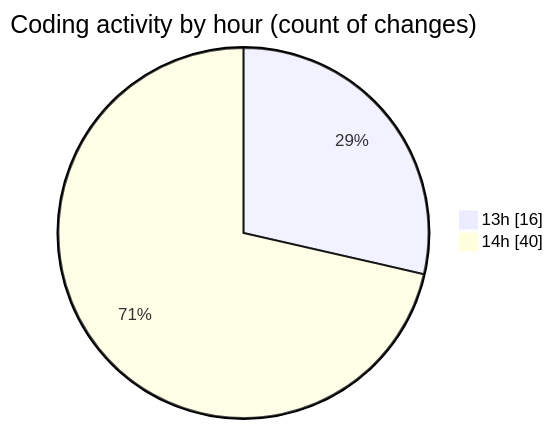
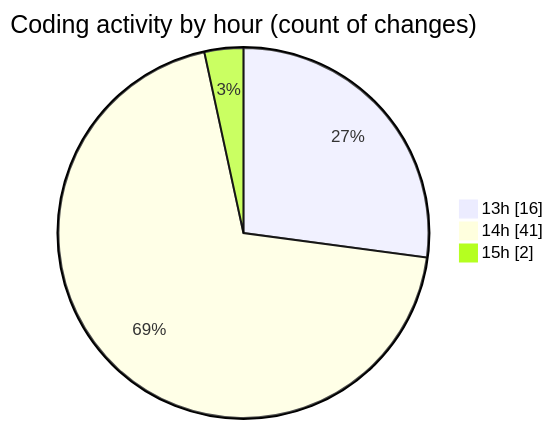
One commit to momahboobian/code-tracking changed the second of 2 diagrams in 2026-02-04/cda/README.md. Above: the diagram before and after it, drawn with Mermaid. The commit also changed other lines of this file and 1 other file, not shown here.

````diff
--- a/2026-02-04/cda/README.md
+++ b/2026-02-04/cda/README.md
@@ -28,6 +30,7 @@
 ```mermaid
 pie showData
 title Coding activity by hour (count of changes)
 "13h" : 16
-"14h" : 40
+"14h" : 41
+"15h" : 2
 ```
````
